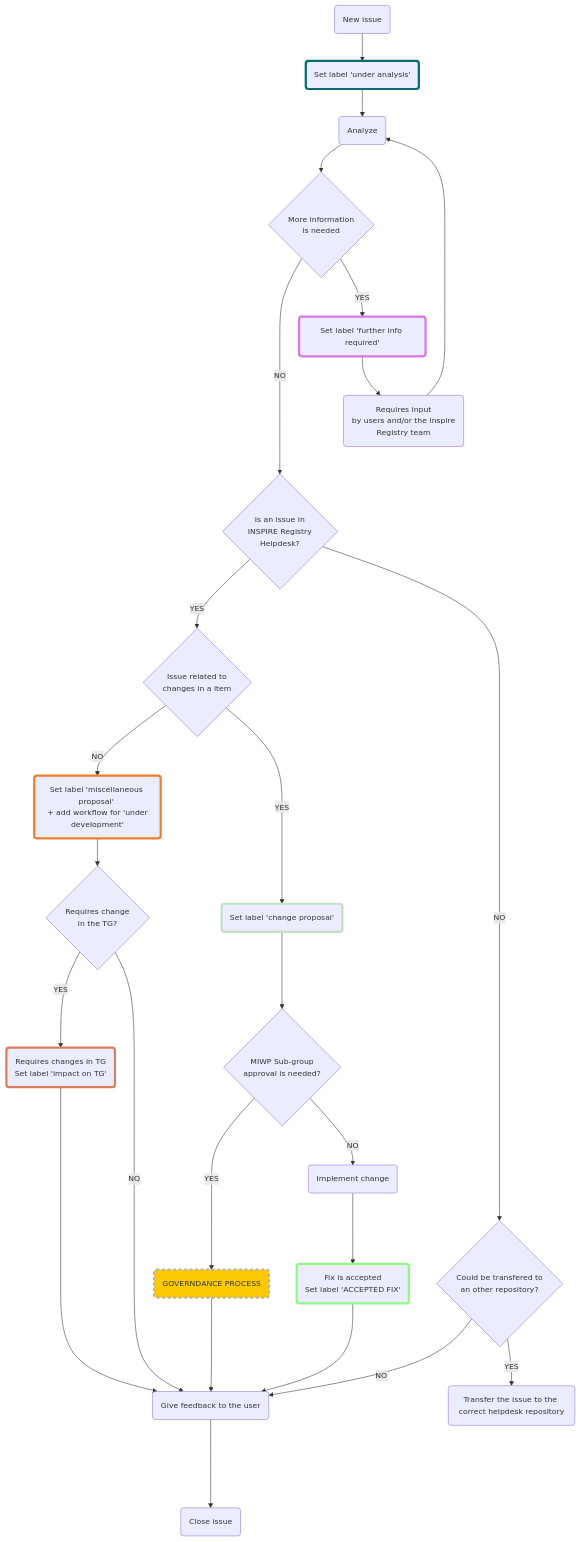
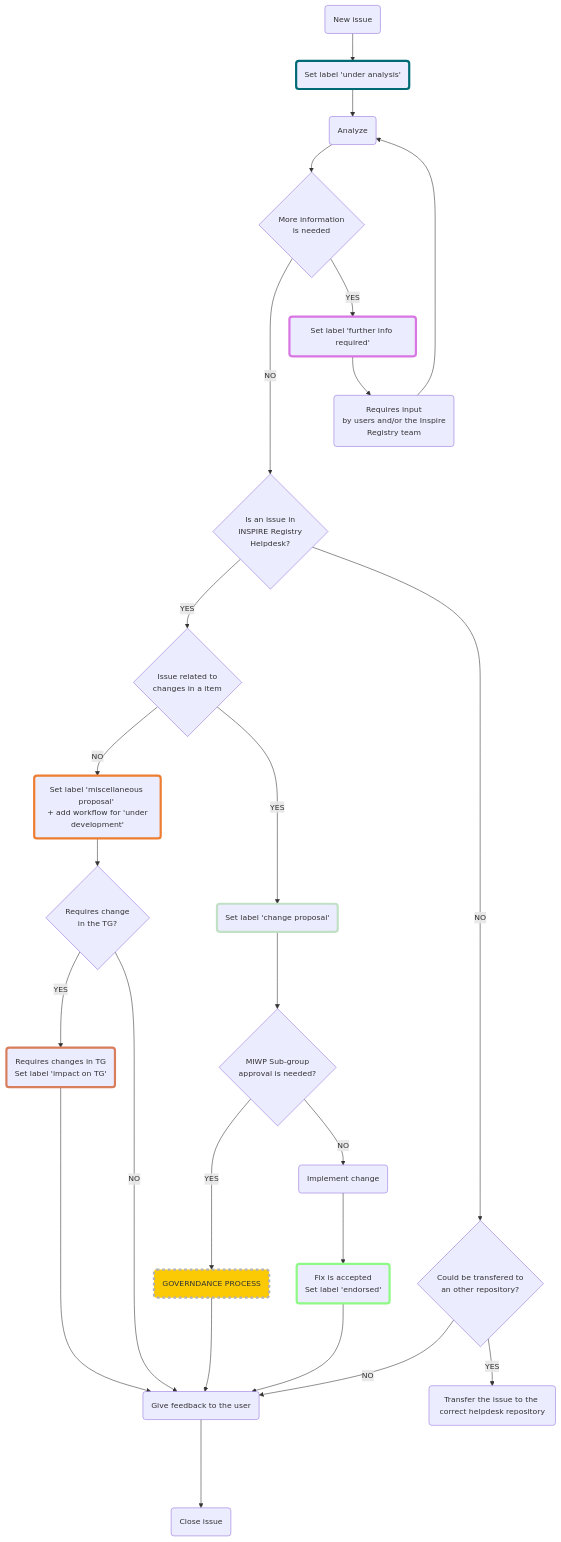
One commit to INSPIRE-MIF/helpdesk-registry changed the diagram in helpdesk-management/README.md. Above: the diagram before and after it, drawn with Mermaid. The commit also changed other lines of this file, not shown here.

```diff
--- a/helpdesk-management/README.md
+++ b/helpdesk-management/README.md
@@ -148,7 +148,7 @@
     resolveIssue("Implement change")
 
     %% SET LABEL SOLVED
-    labelSolved("Fix is accepted \n Set label 'ACCEPTED FIX'")
+    labelSolved("Fix is accepted \n Set label 'endorsed'")
     style labelSolved stroke-width:4px, stroke: #8ef984
 
     %% TRANSFER THE ISSUE TO THE CORRECT REPOSITORY
```
